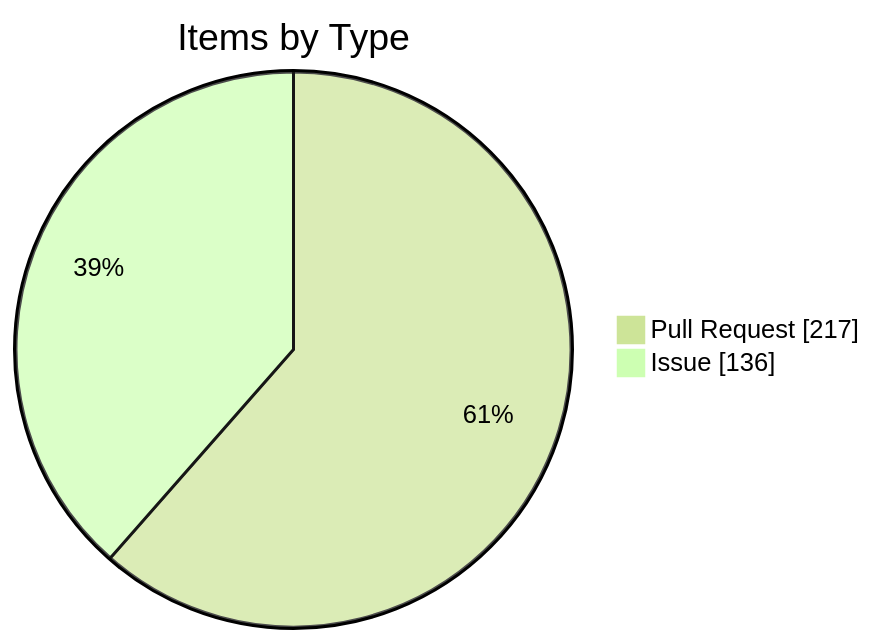
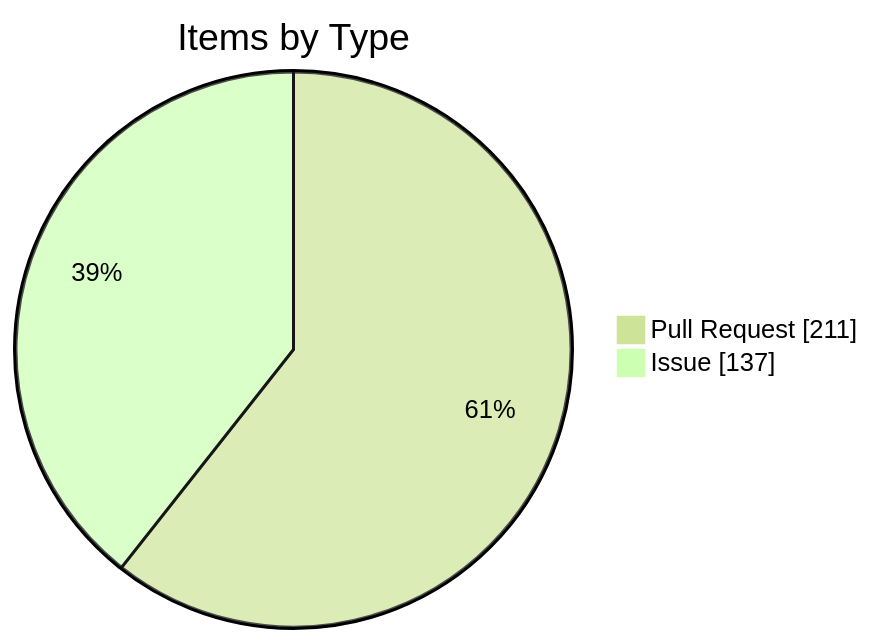
One commit to KBVE/kbve changed the fourth of 4 diagrams in apps/kbve/astro-kbve/src/content/docs/dashboard/kanban-data.mdx. Above: the diagram before and after it, drawn with Mermaid (forest theme). The commit also changed other lines of this file and 2 other files, not shown here.

````diff
--- a/apps/kbve/astro-kbve/src/content/docs/dashboard/kanban-data.mdx
+++ b/apps/kbve/astro-kbve/src/content/docs/dashboard/kanban-data.mdx
@@ -116,6 +246,6 @@
 ```mermaid
 pie showData
     title Items by Type
-    "Pull Request" : 217
-    "Issue" : 136
+    "Pull Request" : 211
+    "Issue" : 137
 ```
````
